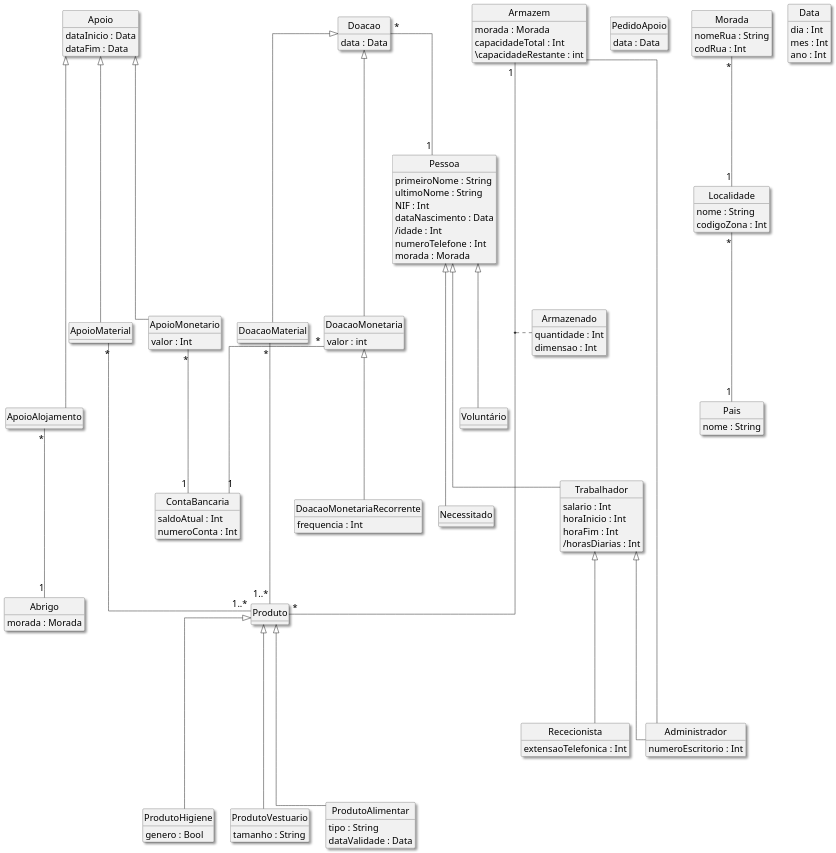
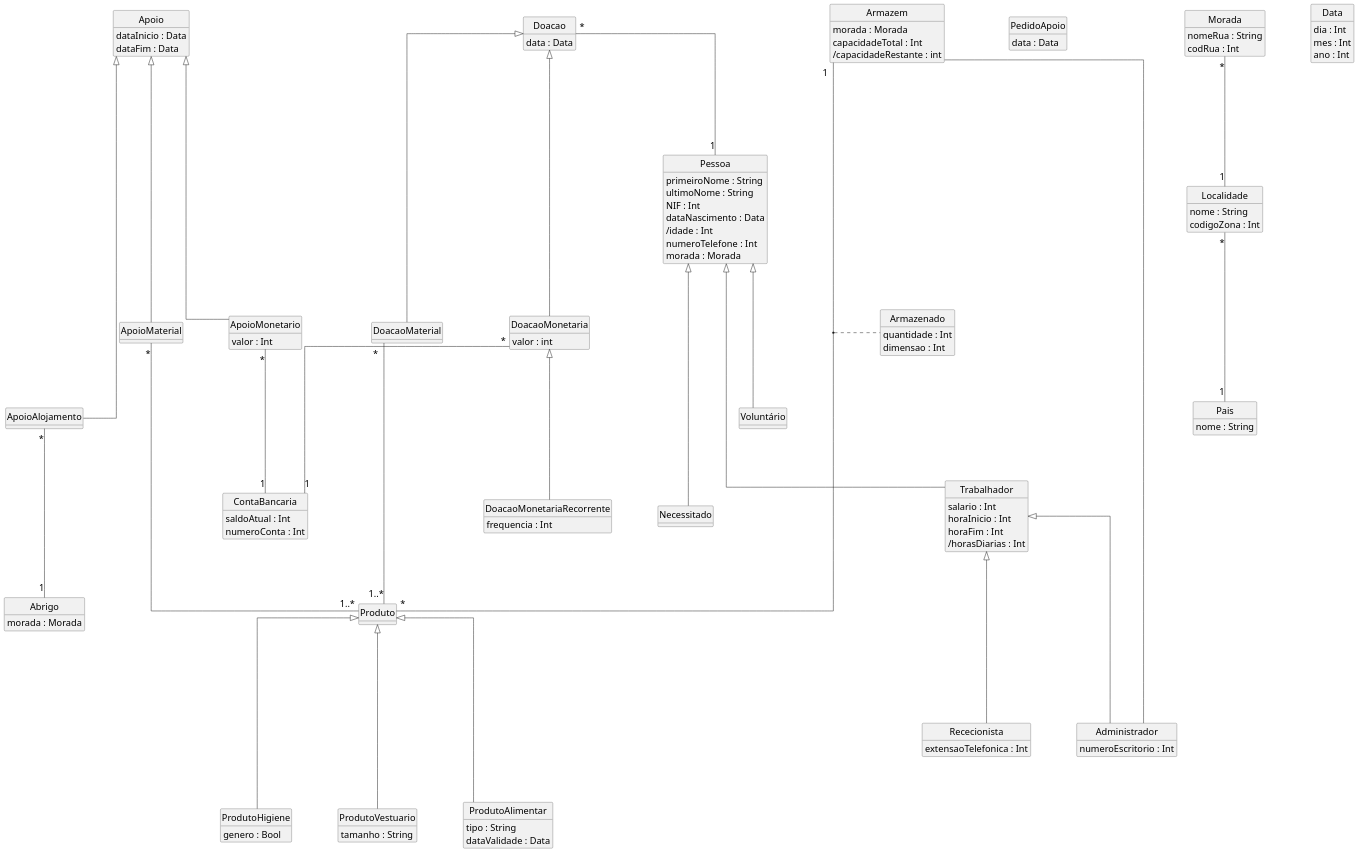
Before and after one commit to francisco-rente/FEUP-BDAD: the diagram in Delivery_I/diagram.puml, drawn with PlantUML.

Commit message:
Improved diagram: removed salary, fixed syntax

```diff
--- a/Delivery_I/diagram.puml
+++ b/Delivery_I/diagram.puml
@@ -1,197 +1,197 @@
 @startuml
 skinparam linetype ortho
 skinparam monochrome true
 hide circle
-skinparam Shadowing False\
+skinparam Shadowing False
 skinparam nodesep 100
 skinparam ranksep 100
 skinparam DefaultFontSize 20
 hide empty methods
 
 class Pessoa {
     primeiroNome : String
     ultimoNome : String
     NIF : Int
     dataNascimento : Data
     /idade : Int
     numeroTelefone : Int
     morada : Morada
 }
 
 class Trabalhador {
     salario : Int
     horaInicio : Int
     horaFim : Int
     /horasDiarias : Int
 }
 
 class Administrador {
     numeroEscritorio : Int
 }
 
 class Rececionista {
     extensaoTelefonica : Int
 }
 
 class Necessitado {}
 
 class Apoio {
     dataInicio : Data
     dataFim : Data
 }
 
 class ApoioMonetario {
     valor : Int
 }
 
 class ApoioMaterial {}
 
 class ApoioAlojamento {}
 
 class Doacao {
     data : Data
 }
 
 class DoacaoMaterial {}
 
 class DoacaoMonetaria {
     valor : int
 }
 
 class Produto {}
 
 class ProdutoAlimentar {
     tipo : String
     dataValidade : Data
 }
 
 class ProdutoHigiene {
     genero : Bool
 }
 
 class ProdutoVestuario {
     tamanho : String
 }
 
 class Armazem {
     morada : Morada
     capacidadeTotal : Int
-    \capacidadeRestante : int
+    /capacidadeRestante : int
 }
 
 class Abrigo {
     morada : Morada
 }
 
 class DoacaoMonetariaRecorrente {
     frequencia : Int
 }
 
 class ContaBancaria {
     saldoAtual : Int
     numeroConta : Int
 }
 
 class Armazenado {
     quantidade : Int
     dimensao : Int
 }
 
 class PedidoApoio {
     data : Data
 }
 
 class Morada {
     nomeRua : String
     codRua : Int
 }
 
 class Localidade {
     nome : String
     codigoZona : Int
 }
 
 class Pais {
     nome : String
 }
 
 class Data {
     dia : Int
     mes : Int
     ano : Int
 }
 
 'Diferentes pessoas'
 Pessoa <|---- Trabalhador
 Pessoa <|--- Voluntário
 Pessoa <|---- Necessitado
 
 'Diferentes trabalhadores'
 Trabalhador <|---- Administrador
 Trabalhador <|---- Rececionista
 
 'Diferentes doações'
 Doacao <|---- DoacaoMaterial
 Doacao <|---- DoacaoMonetaria
 
 'Diferentes apoios'
 Apoio <|---- ApoioMonetario
 Apoio <|---- ApoioMaterial
 Apoio <|----- ApoioAlojamento
 
 'Diferentes produtos'
 Produto <|---- ProdutoAlimentar
 Produto <|---- ProdutoHigiene
 Produto <|---- ProdutoVestuario
 
 'Doar'
 Doacao "*" --- "1" Pessoa
 DoacaoMaterial "*" ---- "1..*" Produto
 DoacaoMonetaria <|--- DoacaoMonetariaRecorrente
 
 'Receber'
 ApoioMaterial "*" ---- "1..*" Produto
 
 'Alojamento'
 ApoioAlojamento "*" --- "1" Abrigo
 
 'Movimentos de conta'
 DoacaoMonetaria "*" --- "1" ContaBancaria
 ApoioMonetario "*" --- "1" ContaBancaria
 
 'Armazem'
 Armazem "1" ---- "*" Produto
 (Armazem,Produto) .... Armazenado
 Armazem --- Administrador
 
 'Geografico'
 Morada "*" --- "1" Localidade
 Localidade "*" --- "1" Pais
 
 
 /'
 Dúvidas:
     1. Pedidos de apoio, como representar?
     2. Beneficiários de apoio, como representar?
     3. Doação/Apoio monetário: atributo vs associação?
     4. Doação recorrente? Como definir frequência?  
 '/
 
 /'
 Ideias:
     1. Apoios de saúde/psicológicos?
 '/
 
 'Apoio --- Necessitado'
 /'PedidoApoio --- Necessitado
 PedidoApoio --- Administrador
 class ApoioSaude {}
 class ApoioPsicologico {}
 class Medico {}
 class Psicologo {}
 Apoio <|-- ApoioSaude
 ApoioSaude <|-- ApoioPsicologico
 Trabalhador <|-- Medico
 Medico <|-- Psicologo
 Psicologo "1" - "*" ApoioPsicologico'/
 @enduml
```
